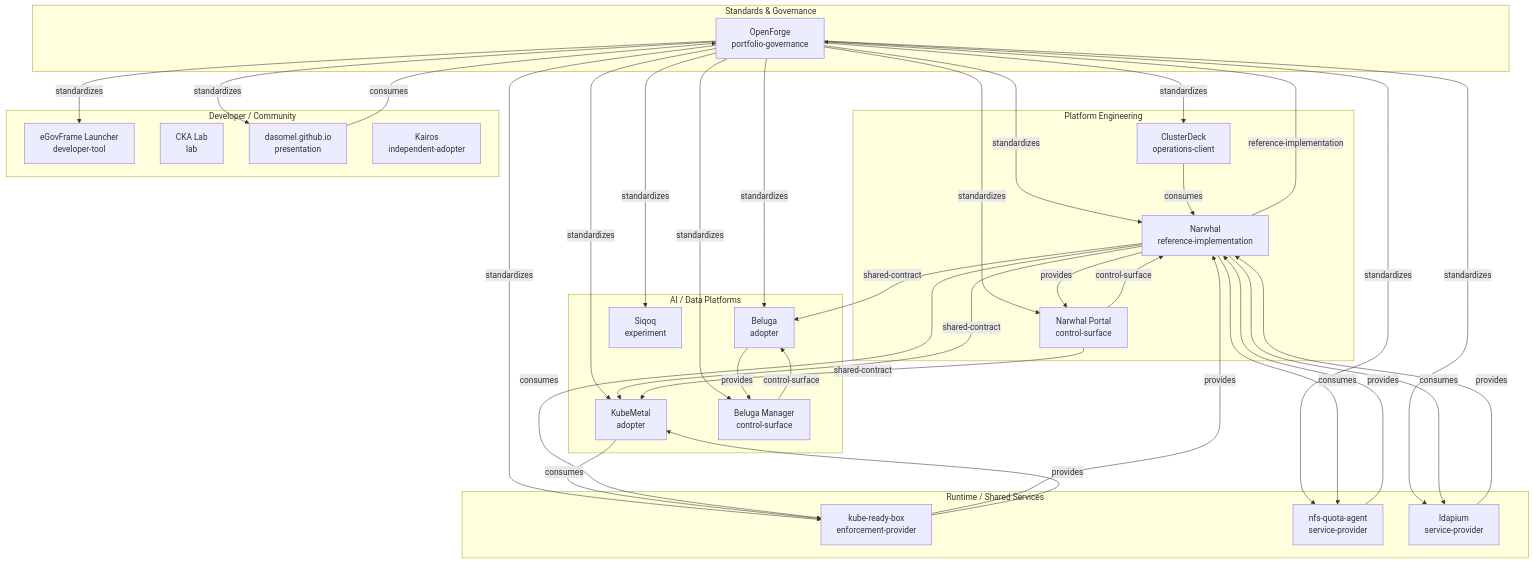
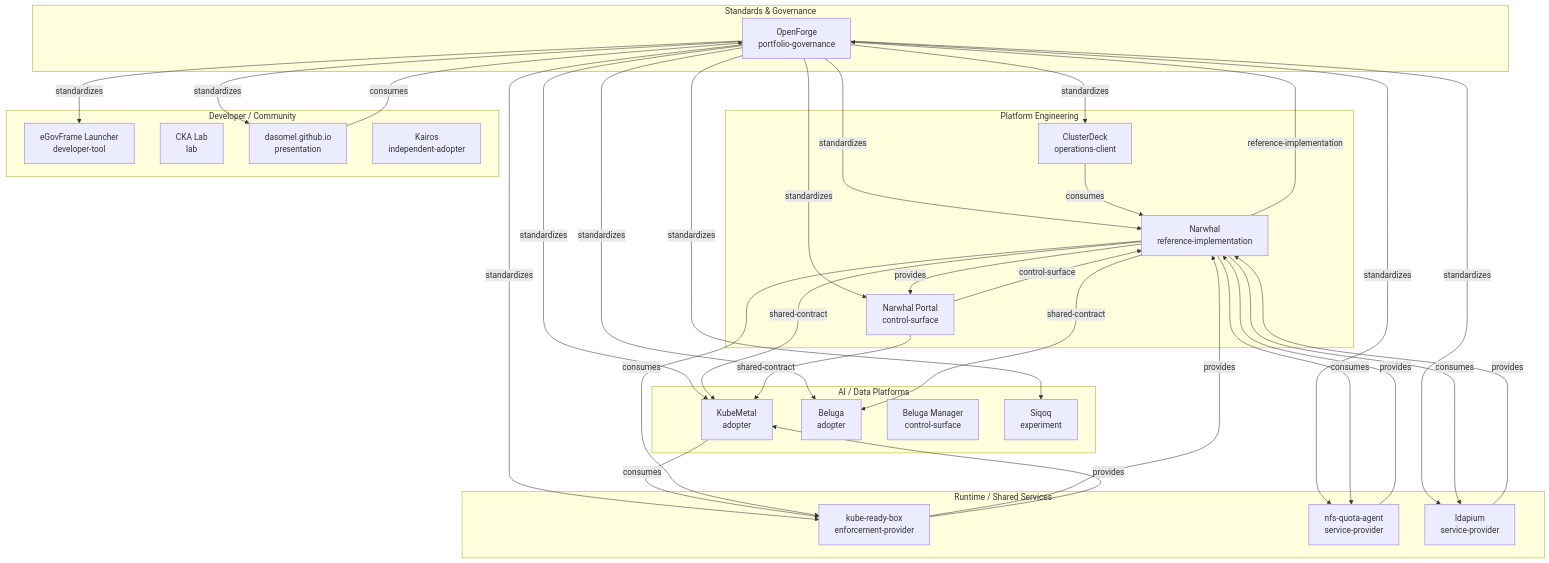
The diagram in docs/portfolio-architecture.md (dasomel/openforge), drawn with Mermaid before and after one commit. The commit also changed 7 other files, not shown here.

First line of the commit message:
chore(portfolio): fold beluga-manager into beluga (#156)

````diff
--- a/docs/portfolio-architecture.md
+++ b/docs/portfolio-architecture.md
@@ -7,58 +7,55 @@
 ```mermaid
 flowchart TB
   subgraph Governance["Standards & Governance"]
     openforge["OpenForge\nportfolio-governance"]
   end
   subgraph Platform["Platform Engineering"]
     narwhal["Narwhal\nreference-implementation"]
     narwhal_portal["Narwhal Portal\ncontrol-surface"]
     clusterdeck["ClusterDeck\noperations-client"]
   end
   subgraph AIData["AI / Data Platforms"]
     kubemetal["KubeMetal\nadopter"]
     beluga["Beluga\nadopter"]
     beluga_manager["Beluga Manager\ncontrol-surface"]
     siqoq["Siqoq\nexperiment"]
   end
   subgraph Foundation["Runtime / Shared Services"]
     kube_ready_box["kube-ready-box\nenforcement-provider"]
     nfs_quota_agent["nfs-quota-agent\nservice-provider"]
     ldapium["ldapium\nservice-provider"]
   end
   subgraph DeveloperCommunity["Developer / Community"]
     egovframe_launcher["eGovFrame Launcher\ndeveloper-tool"]
     cka_lab["CKA Lab\nlab"]
     dasomel_github_io["dasomel.github.io\npresentation"]
     kairos["Kairos\nindependent-adopter"]
   end
   openforge -->|standardizes| narwhal
   openforge -->|standardizes| narwhal_portal
   openforge -->|standardizes| kubemetal
   openforge -->|standardizes| beluga
   openforge -->|standardizes| kube_ready_box
   openforge -->|standardizes| nfs_quota_agent
   openforge -->|standardizes| ldapium
   openforge -->|standardizes| clusterdeck
-  openforge -->|standardizes| beluga_manager
   openforge -->|standardizes| egovframe_launcher
   openforge -->|standardizes| siqoq
   openforge -->|standardizes| dasomel_github_io
   narwhal -->|reference-implementation| openforge
   narwhal -->|provides| narwhal_portal
   narwhal_portal -->|control-surface| narwhal
   kubemetal -->|consumes| kube_ready_box
   narwhal -->|consumes| kube_ready_box
   kube_ready_box -->|provides| narwhal
   kube_ready_box -->|provides| kubemetal
-  beluga -->|provides| beluga_manager
-  beluga_manager -->|control-surface| beluga
   narwhal -->|consumes| nfs_quota_agent
   nfs_quota_agent -->|provides| narwhal
   narwhal -->|consumes| ldapium
   ldapium -->|provides| narwhal
   narwhal -->|shared-contract| kubemetal
   narwhal -->|shared-contract| beluga
   narwhal_portal -->|shared-contract| kubemetal
   clusterdeck -->|consumes| narwhal
   dasomel_github_io -->|consumes| openforge
 ```
````
